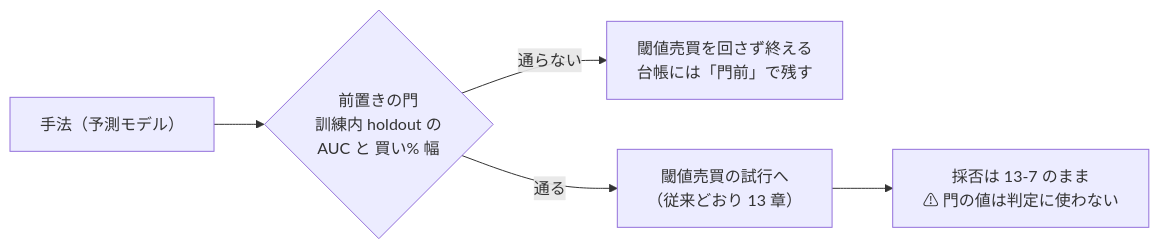
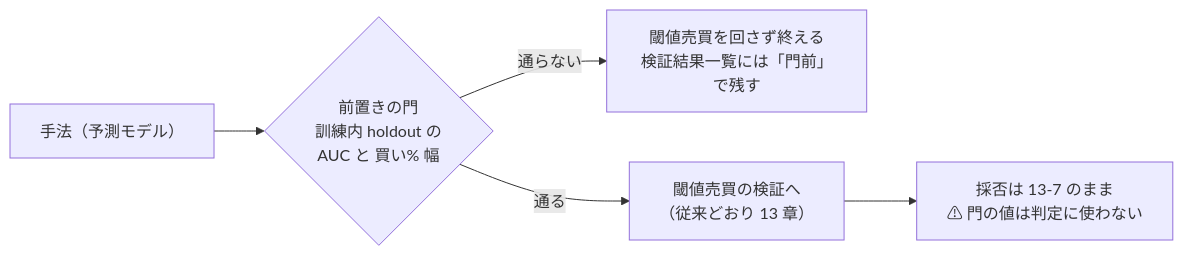
One commit to akiraak/ai-income-lab changed the third of 4 diagrams in docs/specs/experiments/feature-discovery/validation-power.md. Above: the diagram before and after it, drawn with Mermaid. The commit also changed other lines of this file and 52 other files, not shown here.

````diff
--- a/docs/specs/experiments/feature-discovery/validation-power.md
+++ b/docs/specs/experiments/feature-discovery/validation-power.md
@@ -196,7 +196,7 @@
 ```mermaid
 flowchart LR
   M["手法（予測モデル）"] --> G{"前置きの門<br/>訓練内 holdout の<br/>AUC と 買い% 幅"}
-  G -->|"通らない"| X["閾値売買を回さず終える<br/>台帳には「門前」で残す"]
-  G -->|"通る"| T["閾値売買の試行へ<br/>（従来どおり 13 章）"]
+  G -->|"通らない"| X["閾値売買を回さず終える<br/>検証結果一覧には「門前」で残す"]
+  G -->|"通る"| T["閾値売買の検証へ<br/>（従来どおり 13 章）"]
   T --> J["採否は 13-7 のまま<br/>⚠ 門の値は判定に使わない"]
 ```
````
